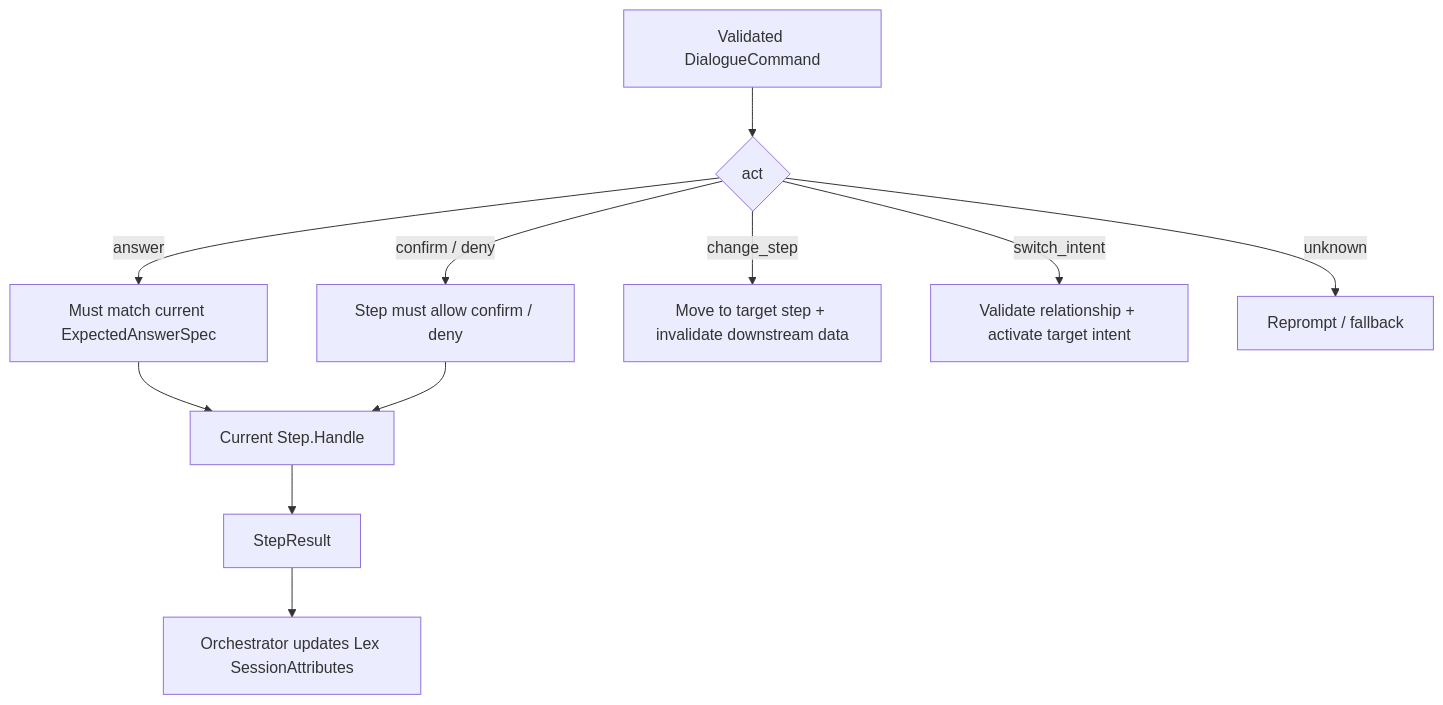
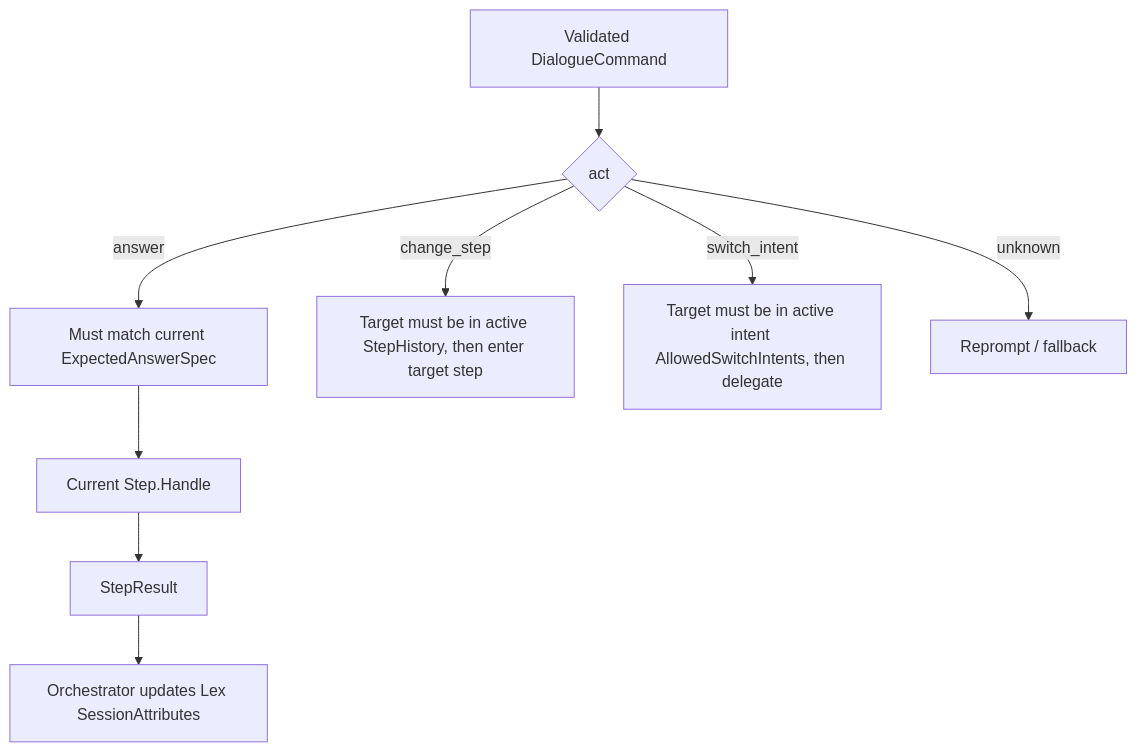
The eighth of 9 diagrams in docs/superpowers/specs/2026-06-07-intent-step-orchestration-confluence.md (fghjkl007/adk-go-company-model-integration), drawn with Mermaid before and after one commit. The commit also changed other lines of this file and 2 other files, not shown here.

Commit message:
docs: update intent step orchestration design

````diff
--- a/docs/superpowers/specs/2026-06-07-intent-step-orchestration-confluence.md
+++ b/docs/superpowers/specs/2026-06-07-intent-step-orchestration-confluence.md
@@ -283,15 +324,13 @@
 ```mermaid
 flowchart TD
   Command["Validated DialogueCommand"] --> Act{"act"}
 
   Act -->|answer| Answer["Must match current ExpectedAnswerSpec"]
-  Act -->|confirm / deny| Confirm["Step must allow confirm / deny"]
-  Act -->|change_step| Change["Move to target step + invalidate downstream data"]
-  Act -->|switch_intent| Switch["Validate relationship + activate target intent"]
+  Act -->|change_step| Change["Target must be in active StepHistory, then enter target step"]
+  Act -->|switch_intent| Switch["Target must be in active intent AllowedSwitchIntents, then delegate"]
   Act -->|unknown| Unknown["Reprompt / fallback"]
 
   Answer --> Handle["Current Step.Handle"]
-  Confirm --> Handle
   Handle --> StepResult["StepResult"]
   StepResult --> Apply["Orchestrator updates Lex SessionAttributes"]
 ```
````
